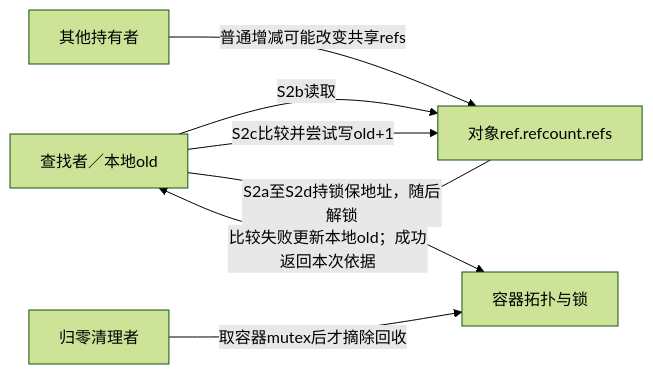
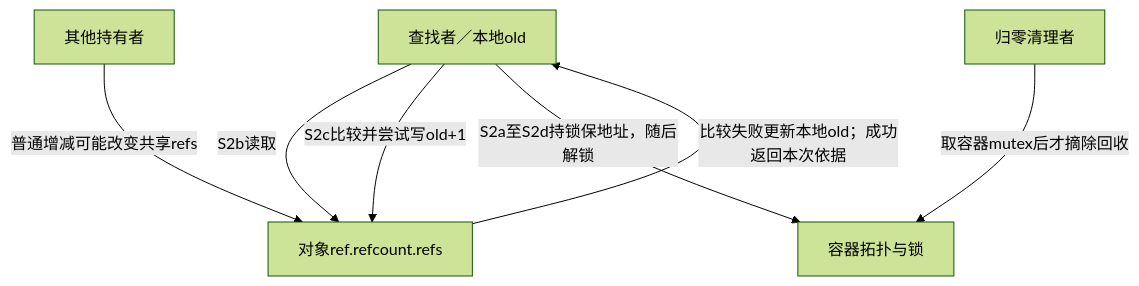
Before and after one commit to FormingSystem/linux_note: the first of 2 diagrams in research/source_reading/kref/navigation/P03_条件取得与查找窗口导读.md, drawn with Mermaid (forest theme). The commit also changed other lines of this file and 1 other file, not shown here.

````diff
--- a/research/source_reading/kref/navigation/P03_条件取得与查找窗口导读.md
+++ b/research/source_reading/kref/navigation/P03_条件取得与查找窗口导读.md
@@ -33,9 +35,10 @@
 ```mermaid
-flowchart LR
+%%{init: {'flowchart': {'nodeSpacing': 100, 'rankSpacing': 110}}}%%
+flowchart TB
     L["查找者／本地old"] -->|"S2b读取"| C["对象ref.refcount.refs"]
     L -->|"S2c比较并尝试写old+1"| C
     C -->|"比较失败更新本地old；成功返回本次依据"| L
     P["其他持有者"] -->|"普通增减可能改变共享refs"| C
     M["归零清理者"] -->|"取容器mutex后才摘除回收"| G["容器拓扑与锁"]
     L -->|"S2a至S2d持锁保地址，随后解锁"| G
 ```
````
